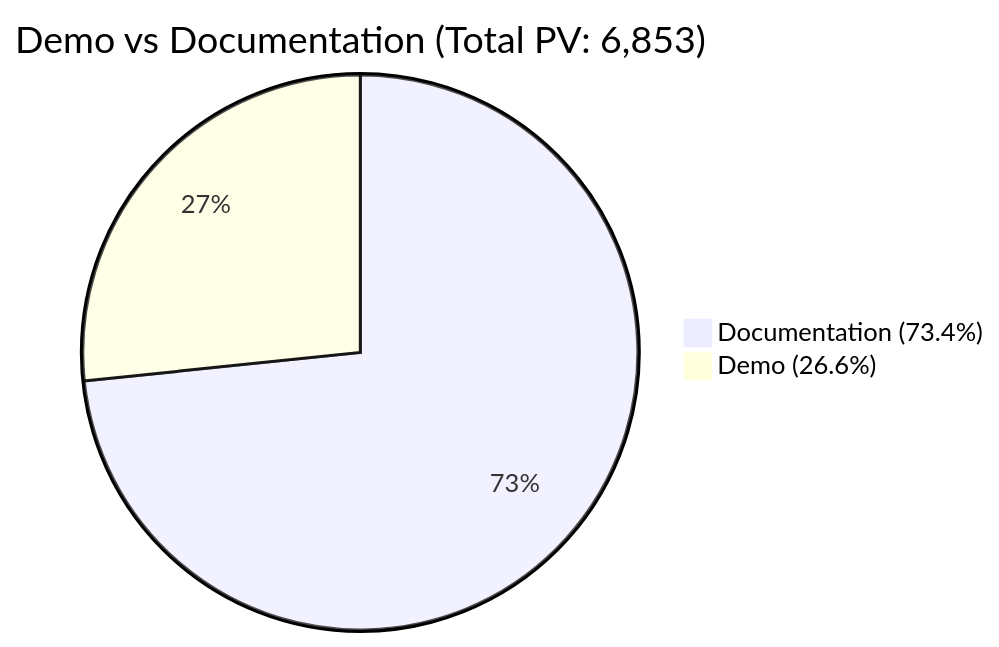
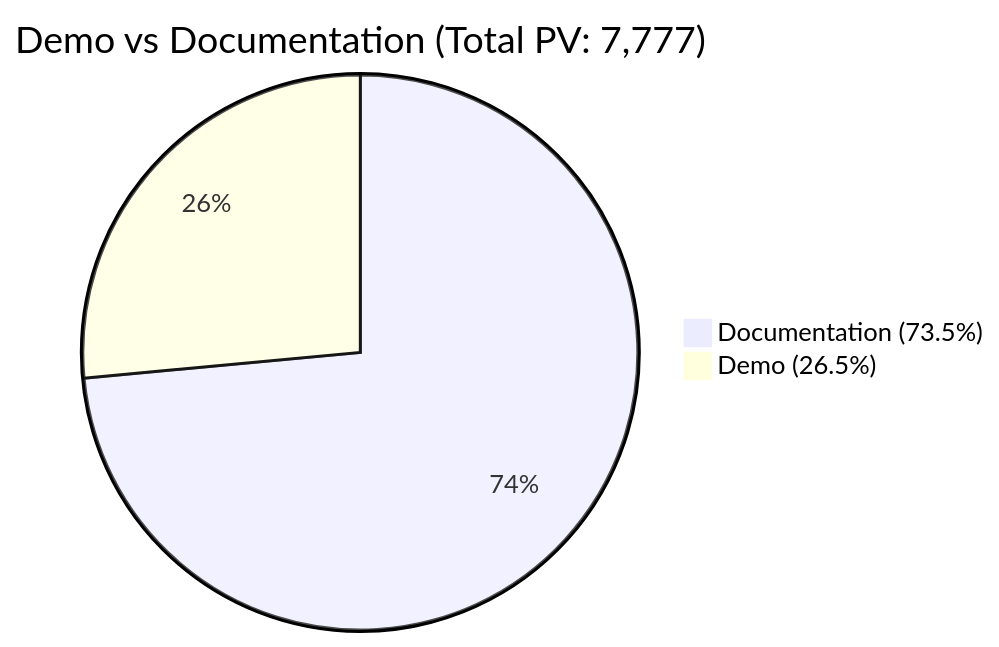
Before and after one commit to jk-kim0/skills-jk: the first of 3 diagrams in reports/2026-03-31-homepage-content-pv-report.md, drawn with Mermaid. The commit also changed other lines of this file and 1 other file, not shown here.

````diff
--- a/reports/2026-03-31-homepage-content-pv-report.md
+++ b/reports/2026-03-31-homepage-content-pv-report.md
@@ -28,5 +28,5 @@
 ```mermaid
-pie title Demo vs Documentation (Total PV: 6,853)
-    "Documentation (73.4%)" : 5028
-    "Demo (26.6%)" : 1825
+pie title Demo vs Documentation (Total PV: 7,777)
+    "Documentation (73.5%)" : 5718
+    "Demo (26.5%)" : 2059
 ```
````
